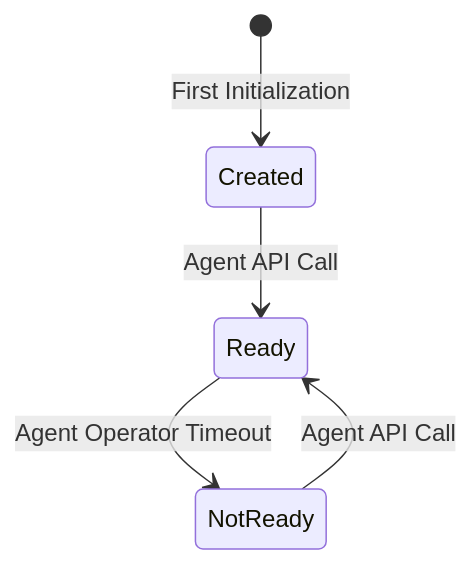
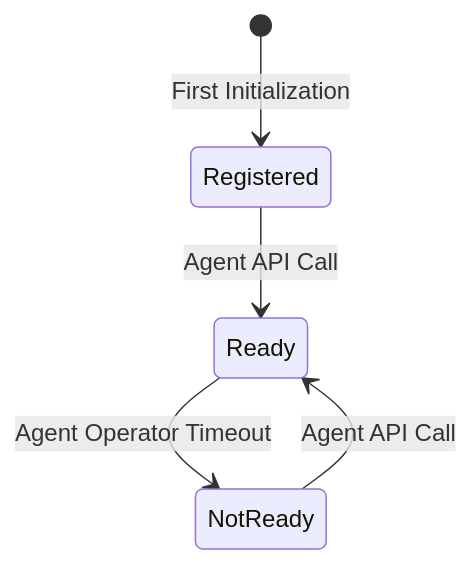
The diagram in docs/design/agents.md (jpconstantineau/dupectl), drawn with Mermaid before and after one commit. The commit also changed 12 other files, not shown here.

````diff
--- a/docs/design/agents.md
+++ b/docs/design/agents.md
@@ -3,8 +3,8 @@
 ``` mermaid
 stateDiagram-v2
-    [*] --> Created : First Initialization
-    Created --> Ready : Agent API Call
+    [*] --> Registered : First Initialization
+    Registered --> Ready : Agent API Call
     Ready --> NotReady : Agent Operator Timeout
     NotReady --> Ready : Agent API Call
 
 ```
````
